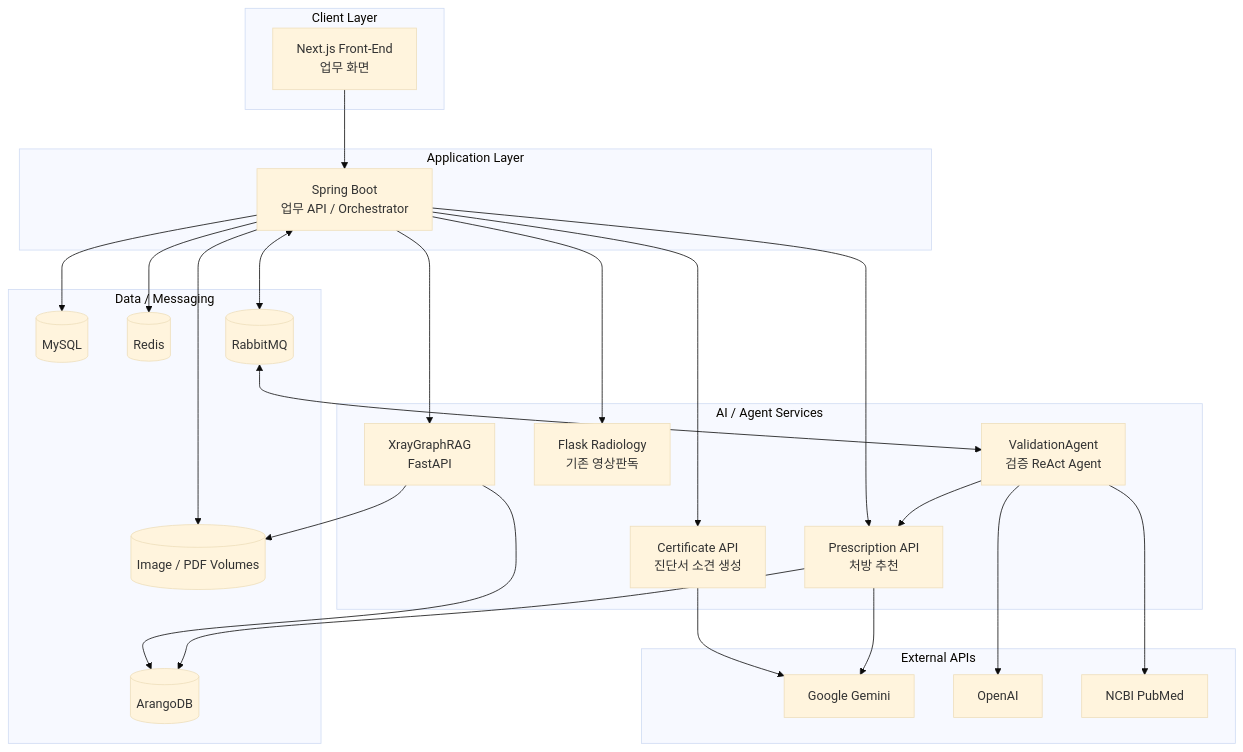
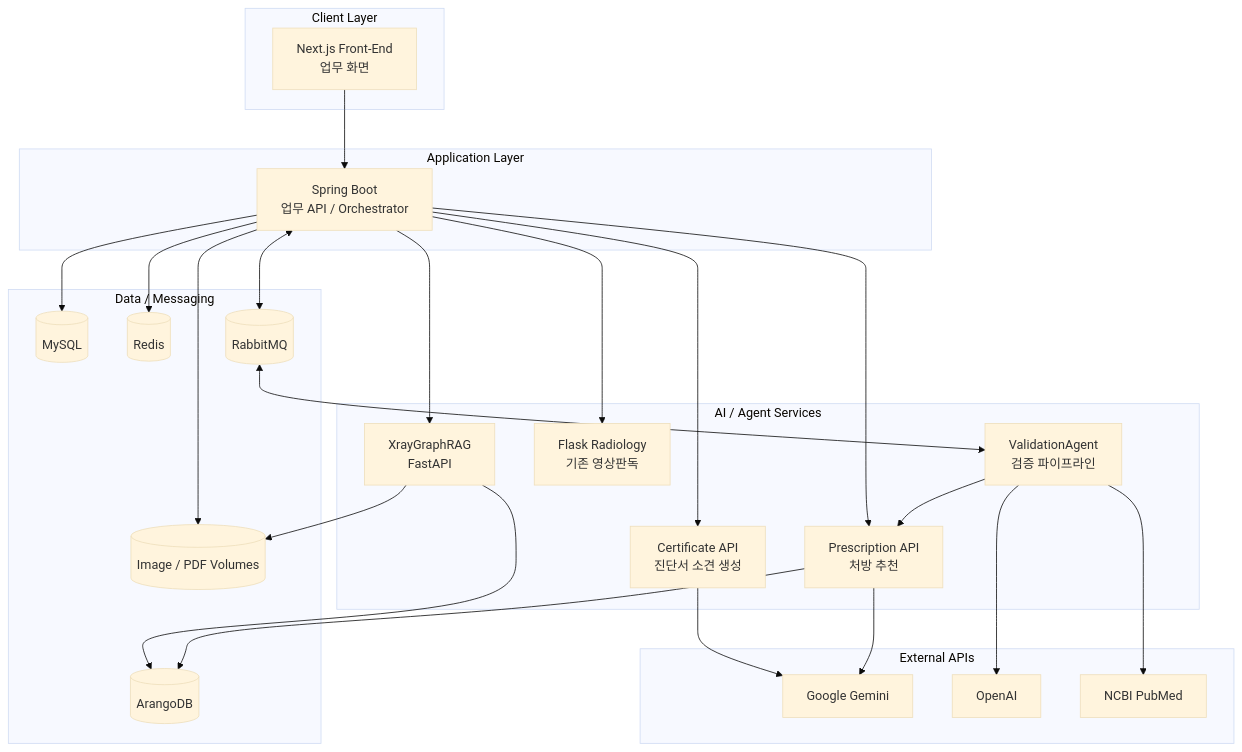
One commit to kjbddo/bitcomputer-emr changed the first of 3 diagrams in Docs/01-system-architecture.md. Above: the diagram before and after it, drawn with Mermaid (base theme). The commit also changed other lines of this file and 3 other files, not shown here.

First line of the commit message:
docs: ValidationAgent 설명을 실제 실행 구조(고정 파이프라인)로 정정

````diff
--- a/Docs/01-system-architecture.md
+++ b/Docs/01-system-architecture.md
@@ -23,55 +23,55 @@
 ```mermaid
 flowchart TB
   subgraph Client["Client Layer"]
     FE["Next.js Front-End<br/>업무 화면"]
   end
 
   subgraph App["Application Layer"]
     Spring["Spring Boot<br/>업무 API / Orchestrator"]
   end
 
   subgraph AI["AI / Agent Services"]
     Xray["XrayGraphRAG<br/>FastAPI"]
     Flask["Flask Radiology<br/>기존 영상판독"]
     Cert["Certificate API<br/>진단서 소견 생성"]
     Rx["Prescription API<br/>처방 추천"]
-    Val["ValidationAgent<br/>검증 ReAct Agent"]
+    Val["ValidationAgent<br/>검증 파이프라인"]
   end
 
   subgraph Infra["Data / Messaging"]
     MySQL[("MySQL")]
     Redis[("Redis")]
     Rabbit[("RabbitMQ")]
     Arango[("ArangoDB")]
     Images[("Image / PDF Volumes")]
   end
 
   subgraph External["External APIs"]
     Gemini["Google Gemini"]
     OpenAI["OpenAI"]
     PubMed["NCBI PubMed"]
   end
 
   FE --> Spring
   Spring --> MySQL
   Spring --> Redis
   Spring --> Images
 
   Spring --> Xray
   Spring --> Flask
   Spring --> Cert
   Spring --> Rx
   Spring <--> Rabbit
 
   Rabbit <--> Val
   Val --> Rx
   Val --> PubMed
   Val --> OpenAI
 
   Xray --> Arango
   Xray --> Images
   Rx --> Arango
 
   Cert --> Gemini
   Rx --> Gemini
 ```
````
